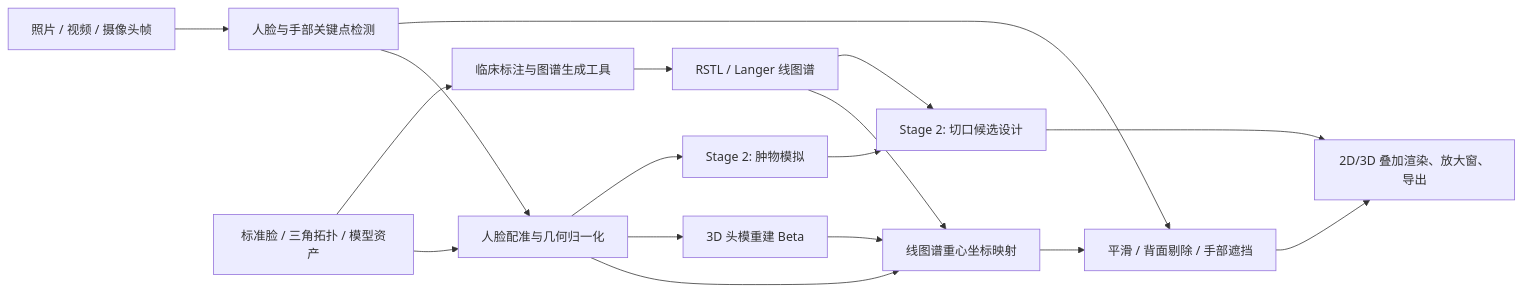
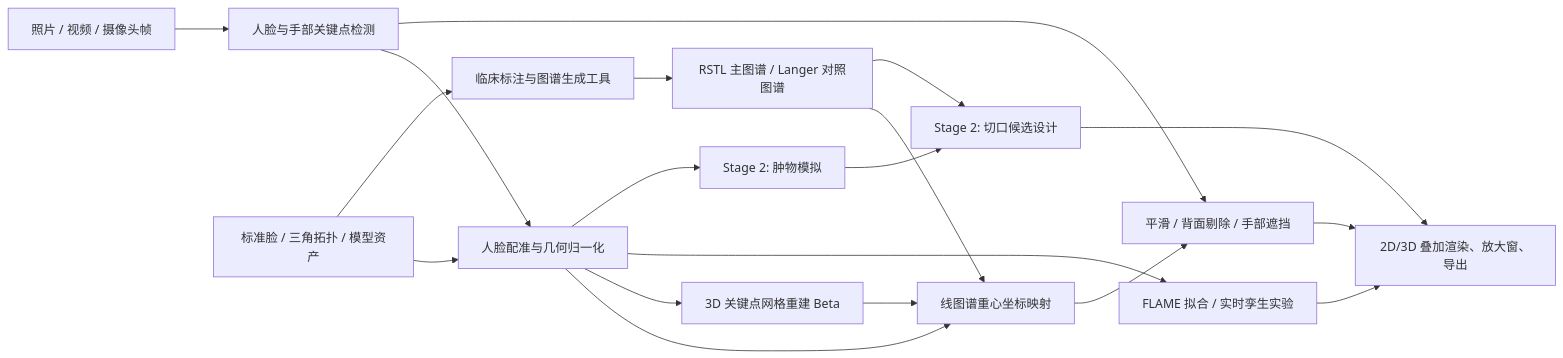
Before and after one commit to jwj1342/LangerFace: the diagram in README.md, drawn with Mermaid. The commit also changed other lines of this file and 6 other files, not shown here.

````diff
--- a/README.md
+++ b/README.md
@@ -63,23 +64,26 @@
 ```mermaid
 flowchart LR
   Input[照片 / 视频 / 摄像头帧] --> Detect[人脸与手部关键点检测]
   Assets[标准脸 / 三角拓扑 / 模型资产] --> Register[人脸配准与几何归一化]
   Detect --> Register
 
-  Author[临床标注与图谱生成工具] --> Atlas[RSTL / Langer 线图谱]
+  Author[临床标注与图谱生成工具] --> Atlas[RSTL 主图谱 / Langer 对照图谱]
   Assets --> Author
   Atlas --> Map[线图谱重心坐标映射]
   Register --> Map
 
   Detect --> Occlusion[平滑 / 背面剔除 / 手部遮挡]
   Map --> Occlusion
   Occlusion --> Render[2D/3D 叠加渲染、放大窗、导出]
 
-  Register --> Recon[3D 头模重建 Beta]
+  Register --> Recon[3D 关键点网格重建 Beta]
   Recon --> Map
+
+  Register --> Flame[FLAME 拟合 / 实时孪生实验]
+  Flame --> Render
 
   Register --> Tumor[Stage 2: 肿物模拟]
   Tumor --> Incision[Stage 2: 切口候选设计]
   Atlas --> Incision
   Incision --> Render
 ```
````
